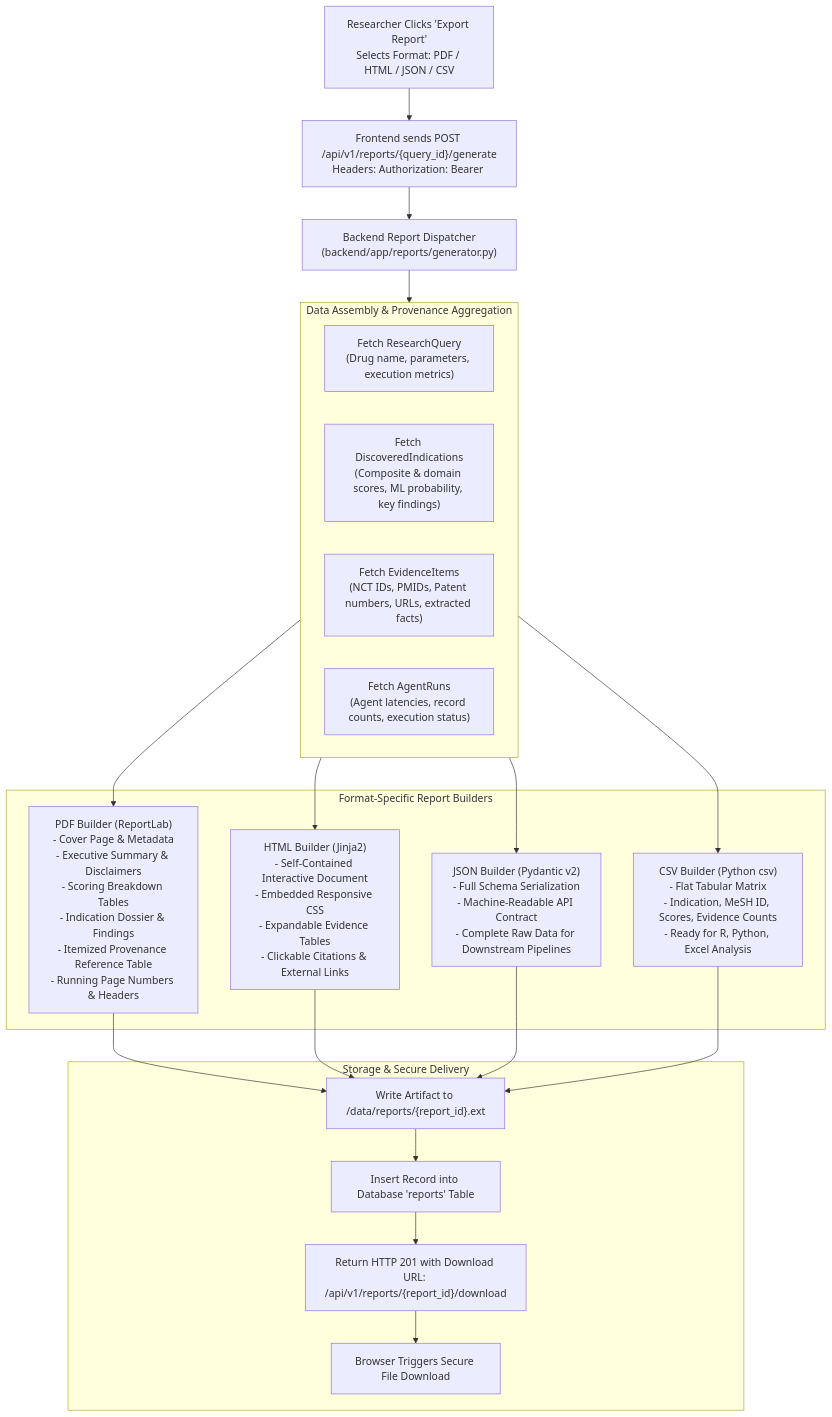
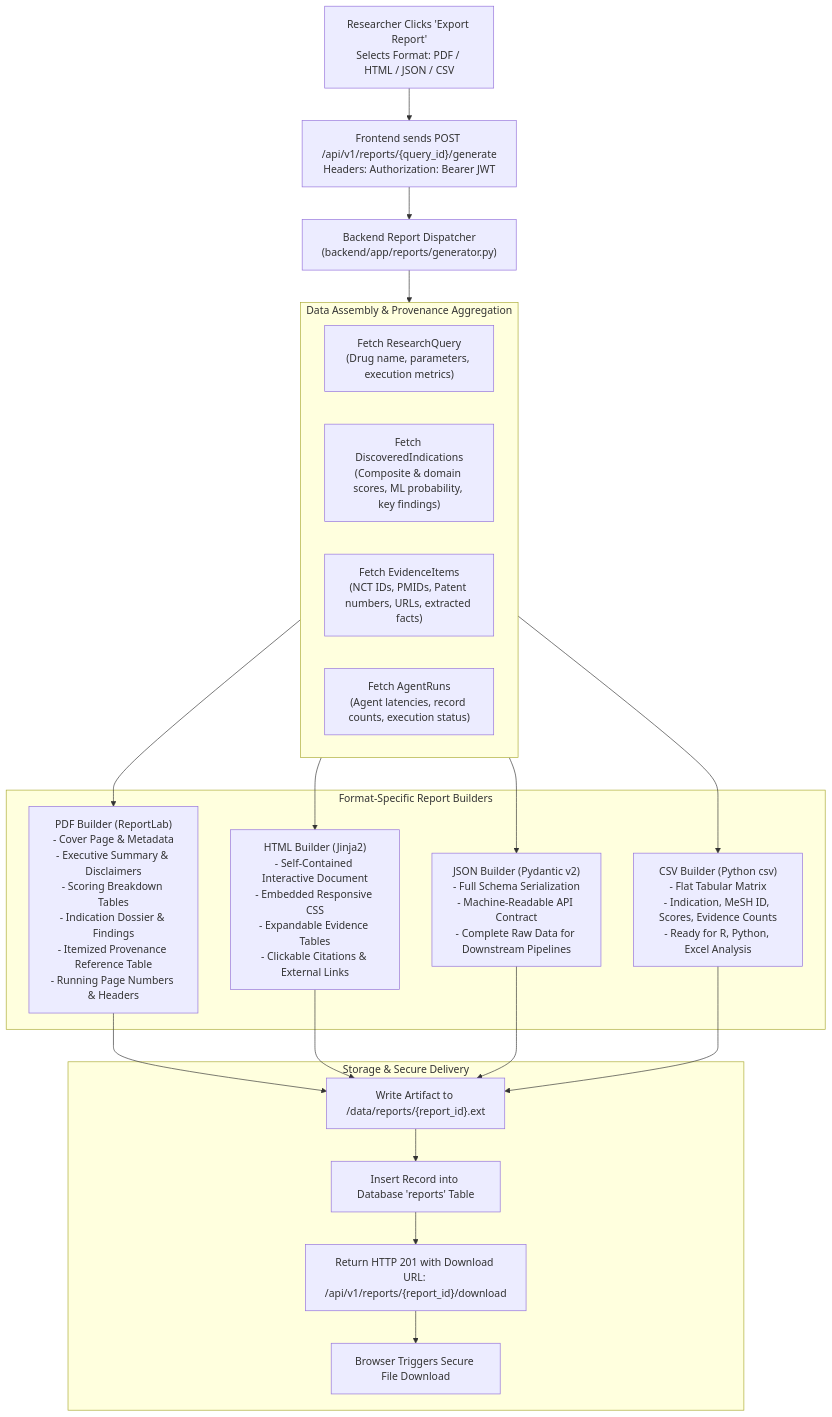
The fifth of 6 diagrams in docs/figures.md (OMSAISH/MEDISCAN-AI), drawn with Mermaid before and after one commit. The commit also changed other lines of this file, not shown here.

Commit message:
Fix Mermaid syntax in docs/figures.md for GitHub rendering

````diff
--- a/docs/figures.md
+++ b/docs/figures.md
@@ -290,39 +307,43 @@
 ```mermaid
 flowchart TD
-    Trigger["Researcher Clicks 'Export Report'\nSelects Format: PDF / HTML / JSON / CSV"]
-    --> Req["Frontend sends POST /api/v1/reports/{query_id}/generate\nHeaders: Authorization: Bearer <JWT>"]
-    --> Dispatcher["Backend Report Dispatcher\n(backend/app/reports/generator.py)"]
+    Trigger["Researcher Clicks 'Export Report'<br/>Selects Format: PDF / HTML / JSON / CSV"]
+    --> Req["Frontend sends POST /api/v1/reports/{query_id}/generate<br/>Headers: Authorization: Bearer JWT"]
+    --> Dispatcher["Backend Report Dispatcher<br/>(backend/app/reports/generator.py)"]
 
     subgraph DataAssembly["Data Assembly & Provenance Aggregation"]
-        Q_Data["Fetch ResearchQuery\n(Drug name, parameters, execution metrics)"]
-        Ind_Data["Fetch DiscoveredIndications\n(Composite & domain scores, ML probability, key findings)"]
-        Ev_Data["Fetch EvidenceItems\n(NCT IDs, PMIDs, Patent numbers, URLs, extracted facts)"]
-        Agent_Data["Fetch AgentRuns\n(Agent latencies, record counts, execution status)"]
+        Q_Data["Fetch ResearchQuery<br/>(Drug name, parameters, execution metrics)"]
+        Ind_Data["Fetch DiscoveredIndications<br/>(Composite & domain scores, ML probability, key findings)"]
+        Ev_Data["Fetch EvidenceItems<br/>(NCT IDs, PMIDs, Patent numbers, URLs, extracted facts)"]
+        Agent_Data["Fetch AgentRuns<br/>(Agent latencies, record counts, execution status)"]
     end
 
     Dispatcher --> DataAssembly
 
     subgraph Builders["Format-Specific Report Builders"]
-        PDF_B["PDF Builder (ReportLab)\n- Cover Page & Metadata\n- Executive Summary & Disclaimers\n- Scoring Breakdown Tables\n- Indication Dossier & Findings\n- Itemized Provenance Reference Table\n- Running Page Numbers & Headers"]
-        HTML_B["HTML Builder (Jinja2)\n- Self-Contained Interactive Document\n- Embedded Responsive CSS\n- Expandable Evidence Tables\n- Clickable Citations & External Links"]
-        JSON_B["JSON Builder (Pydantic v2)\n- Full Schema Serialization\n- Machine-Readable API Contract\n- Complete Raw Data for Downstream Pipelines"]
-        CSV_B["CSV Builder (Python csv)\n- Flat Tabular Matrix\n- Indication, MeSH ID, Scores, Evidence Counts\n- Ready for R, Python, Excel Analysis"]
+        PDF_B["PDF Builder (ReportLab)<br/>- Cover Page & Metadata<br/>- Executive Summary & Disclaimers<br/>- Scoring Breakdown Tables<br/>- Indication Dossier & Findings<br/>- Itemized Provenance Reference Table<br/>- Running Page Numbers & Headers"]
+        HTML_B["HTML Builder (Jinja2)<br/>- Self-Contained Interactive Document<br/>- Embedded Responsive CSS<br/>- Expandable Evidence Tables<br/>- Clickable Citations & External Links"]
+        JSON_B["JSON Builder (Pydantic v2)<br/>- Full Schema Serialization<br/>- Machine-Readable API Contract<br/>- Complete Raw Data for Downstream Pipelines"]
+        CSV_B["CSV Builder (Python csv)<br/>- Flat Tabular Matrix<br/>- Indication, MeSH ID, Scores, Evidence Counts<br/>- Ready for R, Python, Excel Analysis"]
     end
 
     DataAssembly --> PDF_B
     DataAssembly --> HTML_B
     DataAssembly --> JSON_B
     DataAssembly --> CSV_B
 
     subgraph StorageDelivery["Storage & Secure Delivery"]
         SaveDisk["Write Artifact to /data/reports/{report_id}.ext"]
         SaveDB["Insert Record into Database 'reports' Table"]
         Resp["Return HTTP 201 with Download URL: /api/v1/reports/{report_id}/download"]
         ClientDL["Browser Triggers Secure File Download"]
     end
 
-    PDF_B & HTML_B & JSON_B & CSV_B --> SaveDisk
+    PDF_B --> SaveDisk
+    HTML_B --> SaveDisk
+    JSON_B --> SaveDisk
+    CSV_B --> SaveDisk
+
     SaveDisk --> SaveDB
     SaveDB --> Resp
     Resp --> ClientDL
 ```
````
